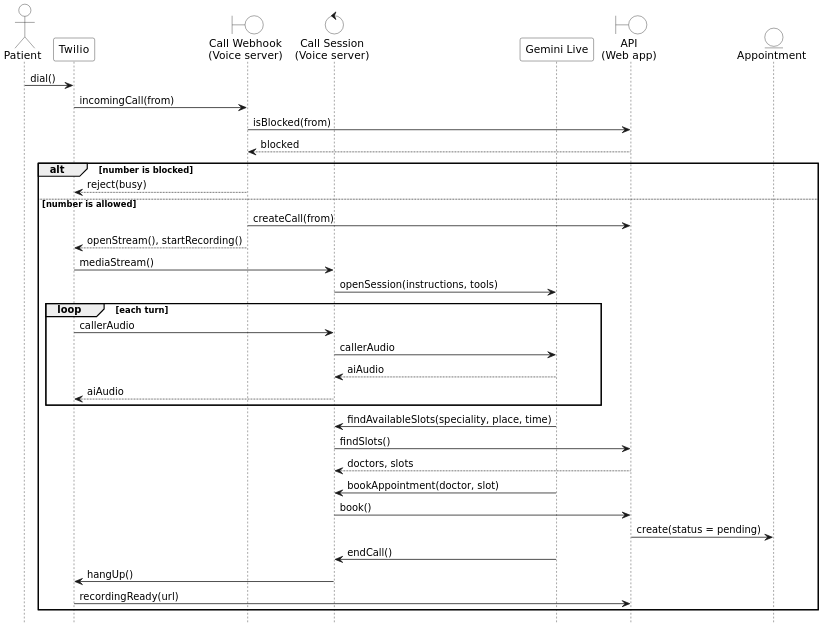
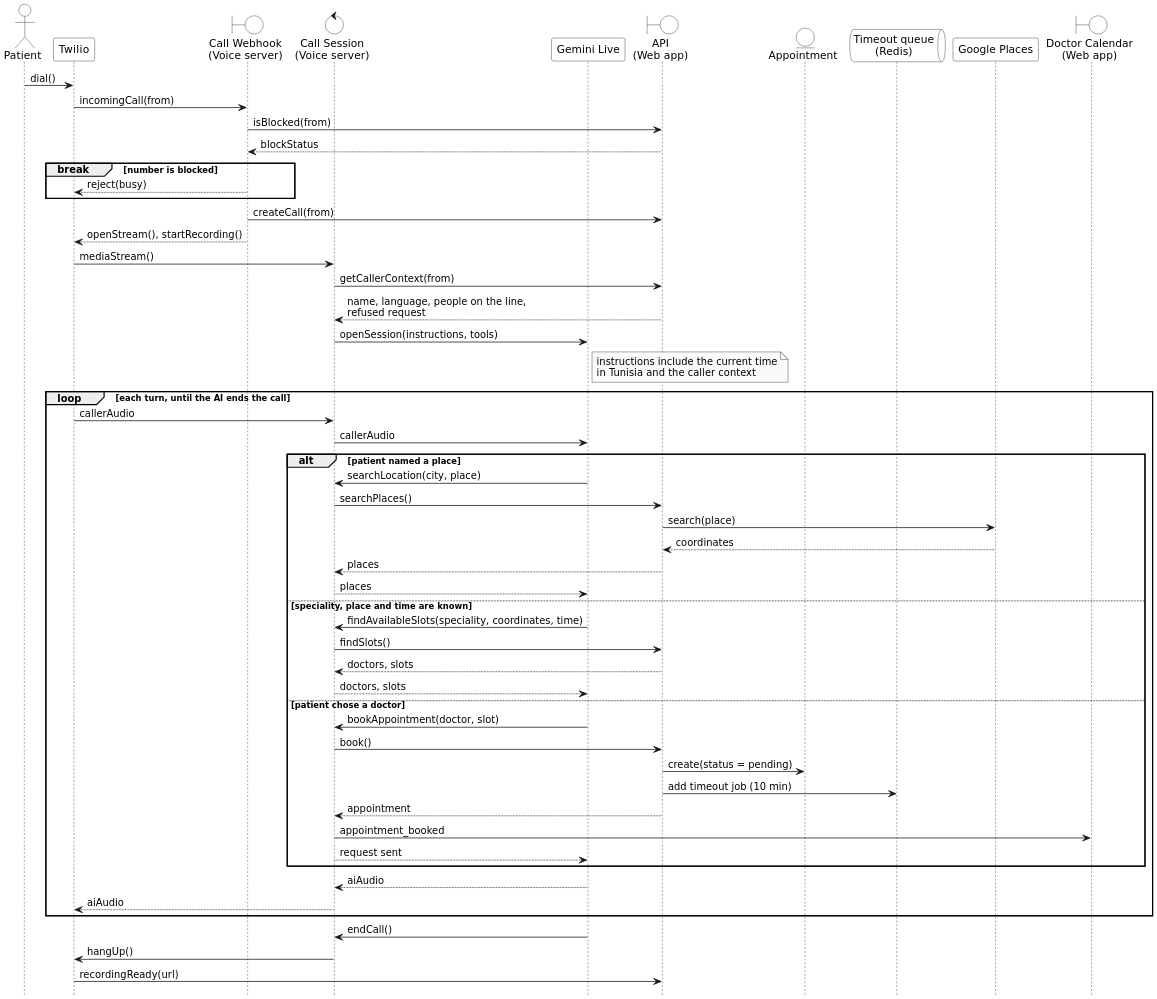
The diagram in images/diagrams/src/sequence_call_flow.puml (AtriOmar/riaya-report), drawn with PlantUML before and after one commit. The commit also changed 16 other files, not shown here.

First line of the commit message:
Trim the requirements, plan limits, stack and modeling text, and fix the diagrams

```diff
--- a/images/diagrams/src/sequence_call_flow.puml
+++ b/images/diagrams/src/sequence_call_flow.puml
@@ -1,50 +1,73 @@
 @startuml sequence_call_flow
 skinparam dpi 192
 skinparam monochrome true
 skinparam shadowing false
 skinparam defaultFontName "DejaVu Sans"
 skinparam ParticipantBackgroundColor white
 skinparam ActorBackgroundColor white
 skinparam BoundaryBackgroundColor white
 skinparam ControlBackgroundColor white
 skinparam EntityBackgroundColor white
 skinparam QueueBackgroundColor white
 skinparam SequenceGroupHeaderBackgroundColor white
 hide footbox
 
 actor "Patient" as P
 participant "Twilio" as T
 boundary "Call Webhook\n(Voice server)" as H
 control "Call Session\n(Voice server)" as S
 participant "Gemini Live" as G
 boundary "API\n(Web app)" as A
 entity "Appointment" as E
+queue "Timeout queue\n(Redis)" as Q
+participant "Google Places" as GP
+boundary "Doctor Calendar\n(Web app)" as C
 
 P -> T : dial()
 T -> H : incomingCall(from)
 H -> A : isBlocked(from)
-A --> H : blocked
-alt number is blocked
+A --> H : blockStatus
+break number is blocked
   H --> T : reject(busy)
-else number is allowed
-  H -> A : createCall(from)
-  H --> T : openStream(), startRecording()
-  T -> S : mediaStream()
-  S -> G : openSession(instructions, tools)
-  loop each turn
-    T -> S : callerAudio
-    S -> G : callerAudio
-    G --> S : aiAudio
-    S --> T : aiAudio
+end
+H -> A : createCall(from)
+H --> T : openStream(), startRecording()
+T -> S : mediaStream()
+S -> A : getCallerContext(from)
+A --> S : name, language, people on the line,\nrefused request
+S -> G : openSession(instructions, tools)
+note right of G
+  instructions include the current time
+  in Tunisia and the caller context
+end note
+loop each turn, until the AI ends the call
+  T -> S : callerAudio
+  S -> G : callerAudio
+  alt patient named a place
+    G -> S : searchLocation(city, place)
+    S -> A : searchPlaces()
+    A -> GP : search(place)
+    GP --> A : coordinates
+    A --> S : places
+    S --> G : places
+  else speciality, place and time are known
+    G -> S : findAvailableSlots(speciality, coordinates, time)
+    S -> A : findSlots()
+    A --> S : doctors, slots
+    S --> G : doctors, slots
+  else patient chose a doctor
+    G -> S : bookAppointment(doctor, slot)
+    S -> A : book()
+    A -> E : create(status = pending)
+    A -> Q : add timeout job (10 min)
+    A --> S : appointment
+    S -> C : appointment_booked
+    S --> G : request sent
   end
-  G -> S : findAvailableSlots(speciality, place, time)
-  S -> A : findSlots()
-  A --> S : doctors, slots
-  G -> S : bookAppointment(doctor, slot)
-  S -> A : book()
-  A -> E : create(status = pending)
-  G -> S : endCall()
-  S -> T : hangUp()
-  T -> A : recordingReady(url)
+  G --> S : aiAudio
+  S --> T : aiAudio
 end
+G -> S : endCall()
+S -> T : hangUp()
+T -> A : recordingReady(url)
 @enduml
```
